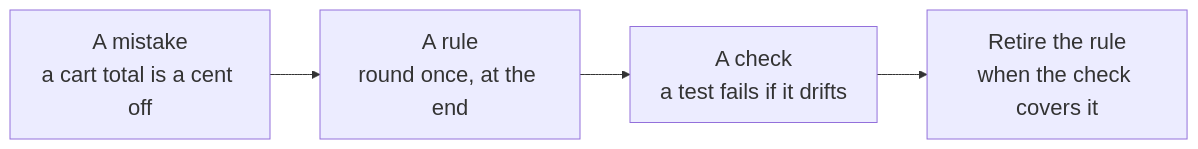
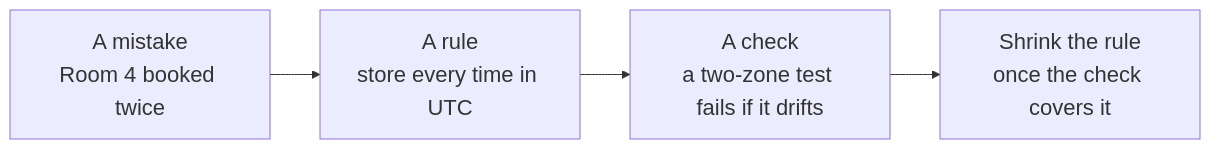
The fourth of 5 diagrams in engineering/decisions/2026-09-24-agentic-practice-audit/course/agentic-engineering-course.md (Laticent/lattice), drawn with Mermaid before and after one commit. The commit also changed other lines of this file and 4 other files, not shown here.

````diff
--- a/engineering/decisions/2026-09-24-agentic-practice-audit/course/agentic-engineering-course.md
+++ b/engineering/decisions/2026-09-24-agentic-practice-audit/course/agentic-engineering-course.md
@@ -1625,7 +1490,7 @@
 ```mermaid
 %%{init: {'themeVariables': {'fontSize': '22px'}}}%%
 flowchart LR
-  A["A mistake<br/>a cart total is a cent off"] --> B["A rule<br/>round once, at the end"]
-  B --> C["A check<br/>a test fails if it drifts"]
-  C --> D["Retire the rule<br/>when the check covers it"]
+  A["A mistake<br/>Room 4 booked twice"] --> B["A rule<br/>store every time in UTC"]
+  B --> C["A check<br/>a two-zone test fails if it drifts"]
+  C --> D["Shrink the rule<br/>once the check covers it"]
 ```
````
